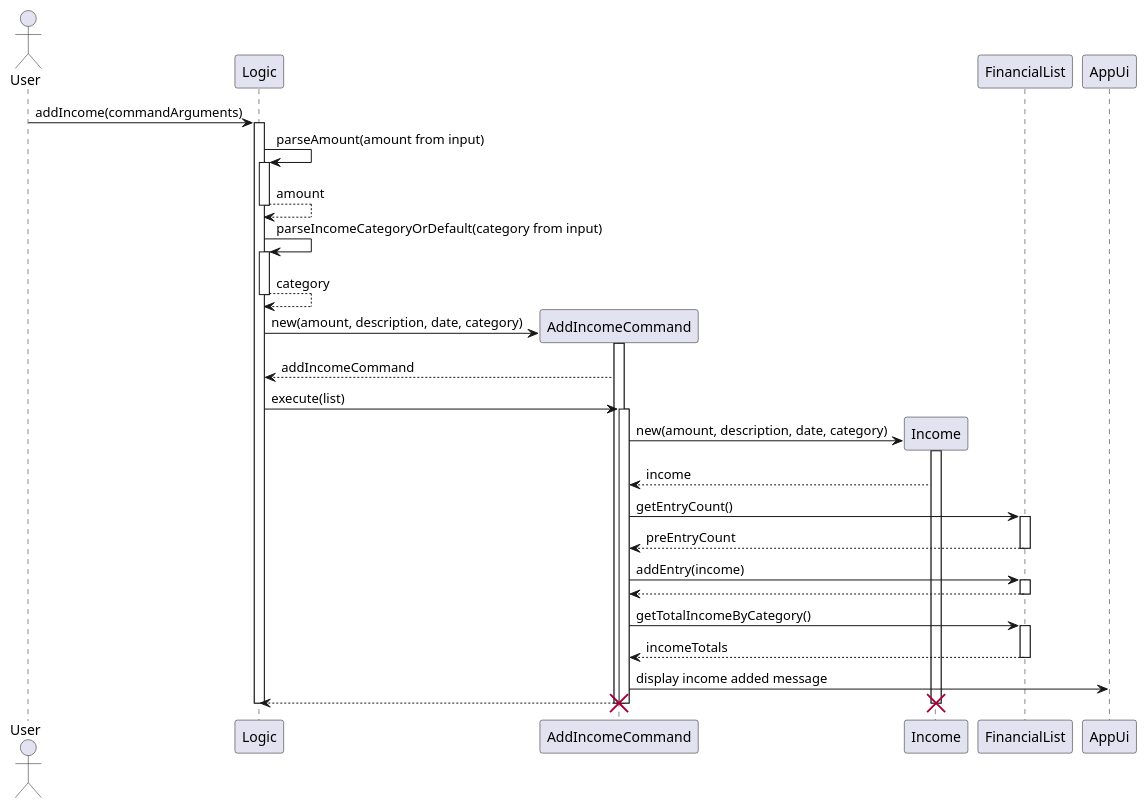
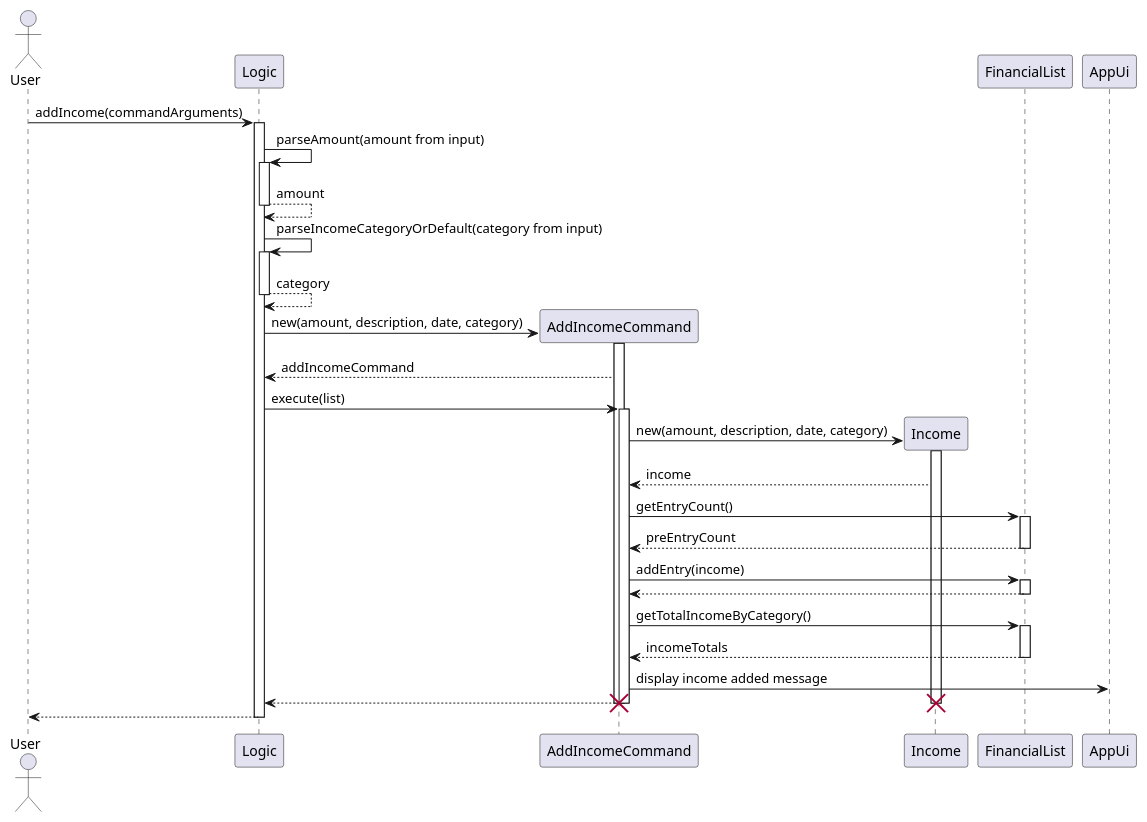
The diagram in docs/UML/addIncomeCommandSequence.puml (nus-cs2113-AY2425S1/tp), drawn with PlantUML before and after one commit. The commit also changed 6 other files, not shown here.

```diff
--- a/docs/UML/addIncomeCommandSequence.puml
+++ b/docs/UML/addIncomeCommandSequence.puml
@@ -1,50 +1,51 @@
 @startuml
 actor User
 participant Logic
 
 User -> Logic: addIncome(commandArguments)
 activate Logic
 
 Logic -> Logic: parseAmount(amount from input)
 activate Logic
 return amount
 
 Logic -> Logic: parseIncomeCategoryOrDefault(category from input)
 activate Logic
 return category
 
 create AddIncomeCommand
 Logic -> AddIncomeCommand: new(amount, description, date, category)
 activate AddIncomeCommand
 AddIncomeCommand --> Logic: addIncomeCommand
 Logic -> AddIncomeCommand: execute(list)
 activate AddIncomeCommand
 
 create Income
 AddIncomeCommand -> Income: new(amount, description, date, category)
 activate Income
 Income --> AddIncomeCommand: income
 
 AddIncomeCommand -> FinancialList: getEntryCount()
 activate FinancialList
 FinancialList --> AddIncomeCommand: preEntryCount
 deactivate FinancialList
 
 AddIncomeCommand -> FinancialList: addEntry(income)
 activate FinancialList
 return
 
 AddIncomeCommand -> FinancialList: getTotalIncomeByCategory()
 activate FinancialList
 return incomeTotals
 
 AddIncomeCommand -> AppUi: display income added message
 AddIncomeCommand --> Logic
 deactivate AddIncomeCommand
 
 deactivate Income
 destroy Income
 deactivate AddIncomeCommand
 destroy AddIncomeCommand
-deactivate Logic
+return
+
 @enduml
```
